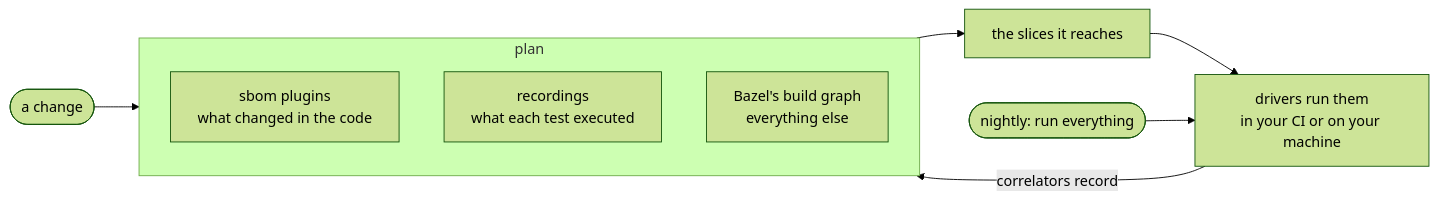
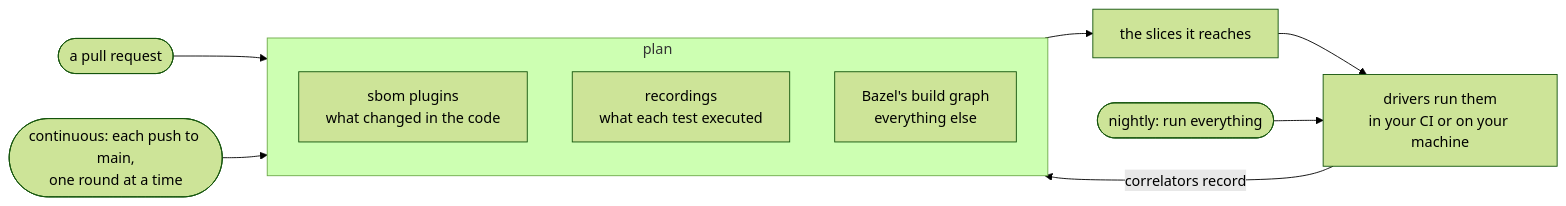
Before and after one commit to sideways-works/pipelinegen: the diagram in README.md, drawn with Mermaid (forest theme).

Commit message:
docs(readme): the diagram shows continuous runs

````diff
--- a/README.md
+++ b/README.md
@@ -66,14 +66,15 @@
 ```mermaid
 flowchart LR
-    change([a change]) --> plan
+    pr([a pull request]) --> plan
+    continuous([continuous: each push to main,<br/>one round at a time]) --> plan
     subgraph plan [plan]
         direction TB
         sbom[sbom plugins<br/>what changed in the code]
         lists[recordings<br/>what each test executed]
         bazel[Bazel's build graph<br/>everything else]
     end
     plan --> slices[the slices it reaches]
     slices --> run[drivers run them<br/>in your CI or on your machine]
     run -- correlators record --> lists
     nightly([nightly: run everything]) --> run
 ```
````
